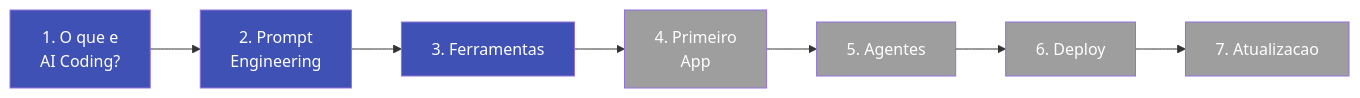
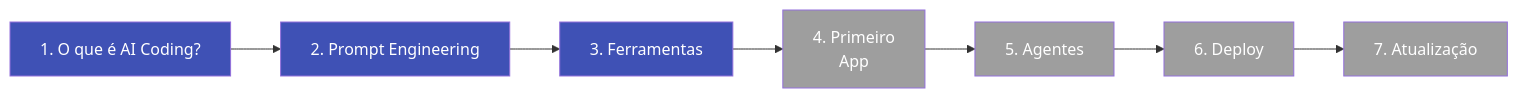
Before and after one commit to gabrielgsn/dr-dev: the diagram in docs/modulos/index.md, drawn with Mermaid. The commit also changed other lines of this file and 11 other files, not shown here.

````diff
--- a/docs/modulos/index.md
+++ b/docs/modulos/index.md
@@ -16,17 +16,17 @@
 ```mermaid
 graph LR
-    A["1. O que e\nAI Coding?"] --> B["2. Prompt\nEngineering"]
+    A["1. O que é AI Coding?"] --> B["2. Prompt Engineering"]
     B --> C["3. Ferramentas"]
     C --> D["4. Primeiro\nApp"]
     D --> E["5. Agentes"]
     E --> F["6. Deploy"]
-    F --> G["7. Atualizacao"]
+    F --> G["7. Atualização"]
 
     style A fill:#3f51b5,color:#fff
     style B fill:#3f51b5,color:#fff
     style C fill:#3f51b5,color:#fff
     style D fill:#9e9e9e,color:#fff
     style E fill:#9e9e9e,color:#fff
     style F fill:#9e9e9e,color:#fff
     style G fill:#9e9e9e,color:#fff
 ```
````
